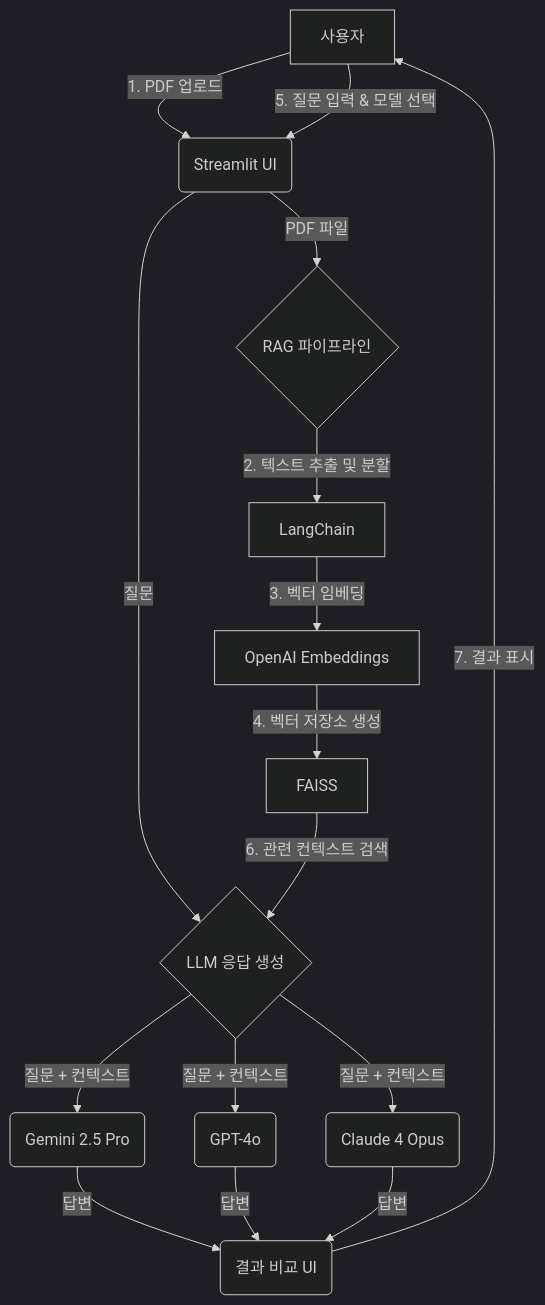
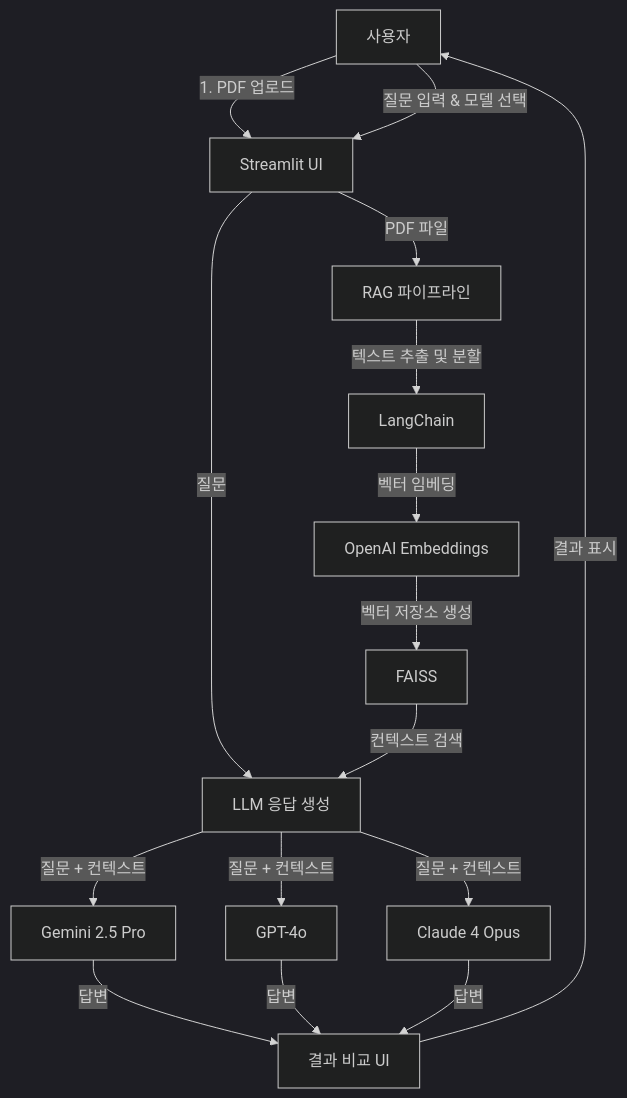
One commit to JoMinsu-KU/EvaluationFramework changed the diagram in README.md. Above: the diagram before and after it, drawn with Mermaid (dark theme).

````diff
--- a/README.md
+++ b/README.md
@@ -23,22 +23,23 @@
 ```mermaid
 graph TD
-    A[사용자] -->|1. PDF 업로드| B(Streamlit UI);
-    B -->|PDF 파일| C{RAG 파이프라인};
-    C -->|2. 텍스트 추출 및 분할| D[LangChain];
-    D -->|3. 벡터 임베딩| E[OpenAI Embeddings];
-    E -->|4. 벡터 저장소 생성| F[FAISS];
-    
-    A -->|5. 질문 입력 & 모델 선택| B;
-    B -->|질문| G{LLM 응답 생성};
-    F -->|6. 관련 컨텍스트 검색| G;
-    
-    G -->|질문 + 컨텍스트| H(Gemini 2.5 Pro);
-    G -->|질문 + 컨텍스트| I(GPT-4o);
-    G -->|질문 + 컨텍스트| J(Claude 4 Opus);
-    
-    H -->|답변| K(결과 비교 UI);
-    I -->|답변| K;
-    J -->|답변| K;
-    
-    K -->|7. 결과 표시| A;
+    A[사용자] -->|1. PDF 업로드| B[Streamlit UI]
+    B -->|PDF 파일| C[RAG 파이프라인]
+    C -->|텍스트 추출 및 분할| D[LangChain]
+    D -->|벡터 임베딩| E[OpenAI Embeddings]
+    E -->|벡터 저장소 생성| F[FAISS]
+
+    A -->|질문 입력 & 모델 선택| B
+    B -->|질문| G[LLM 응답 생성]
+    F -->|컨텍스트 검색| G
+
+    G -->|질문 + 컨텍스트| H[Gemini 2.5 Pro]
+    G -->|질문 + 컨텍스트| I[GPT-4o]
+    G -->|질문 + 컨텍스트| J[Claude 4 Opus]
+
+    H -->|답변| K[결과 비교 UI]
+    I -->|답변| K
+    J -->|답변| K
+
+    K -->|결과 표시| A
+
 ```
````
